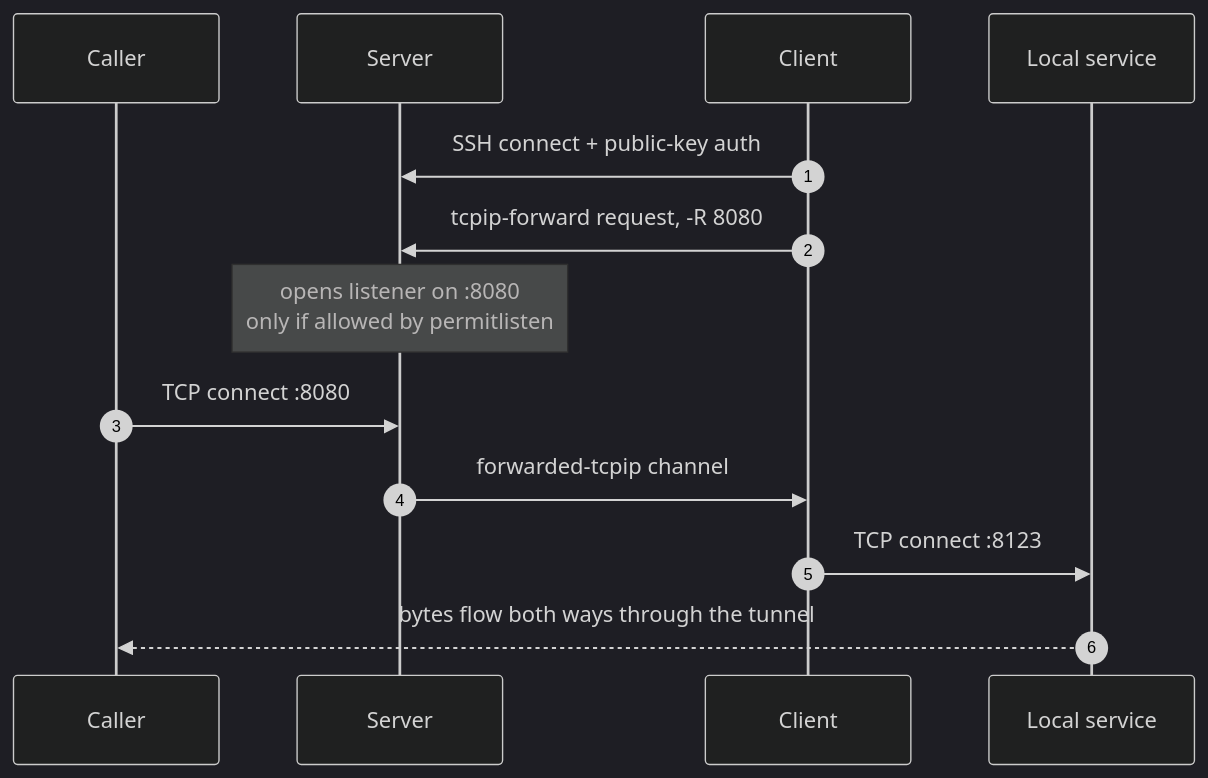
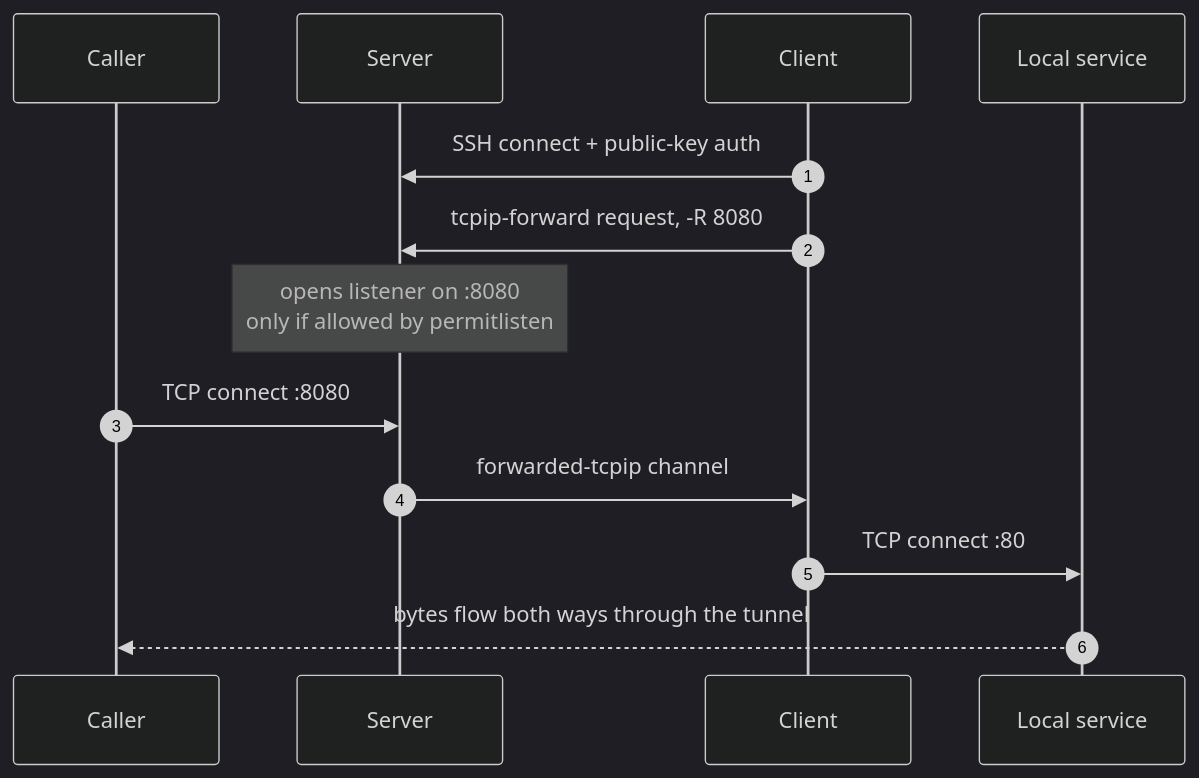
The second of 3 diagrams in README.md (adriansanchis87/tunnelkit), drawn with Mermaid (dark theme) before and after one commit. The commit also changed other lines of this file and 11 other files, not shown here.

````diff
--- a/README.md
+++ b/README.md
@@ -80,16 +80,16 @@
 ```mermaid
 sequenceDiagram
   autonumber
   participant User as Caller
   participant Srv as Server
   participant Cli as Client
   participant Svc as Local service
 
   Cli->>Srv: SSH connect + public-key auth
   Cli->>Srv: tcpip-forward request, -R 8080
   Note over Srv: opens listener on :8080<br/>only if allowed by permitlisten
   User->>Srv: TCP connect :8080
   Srv->>Cli: forwarded-tcpip channel
-  Cli->>Svc: TCP connect :8123
+  Cli->>Svc: TCP connect :80
   Svc-->>User: bytes flow both ways through the tunnel
 ```
````
